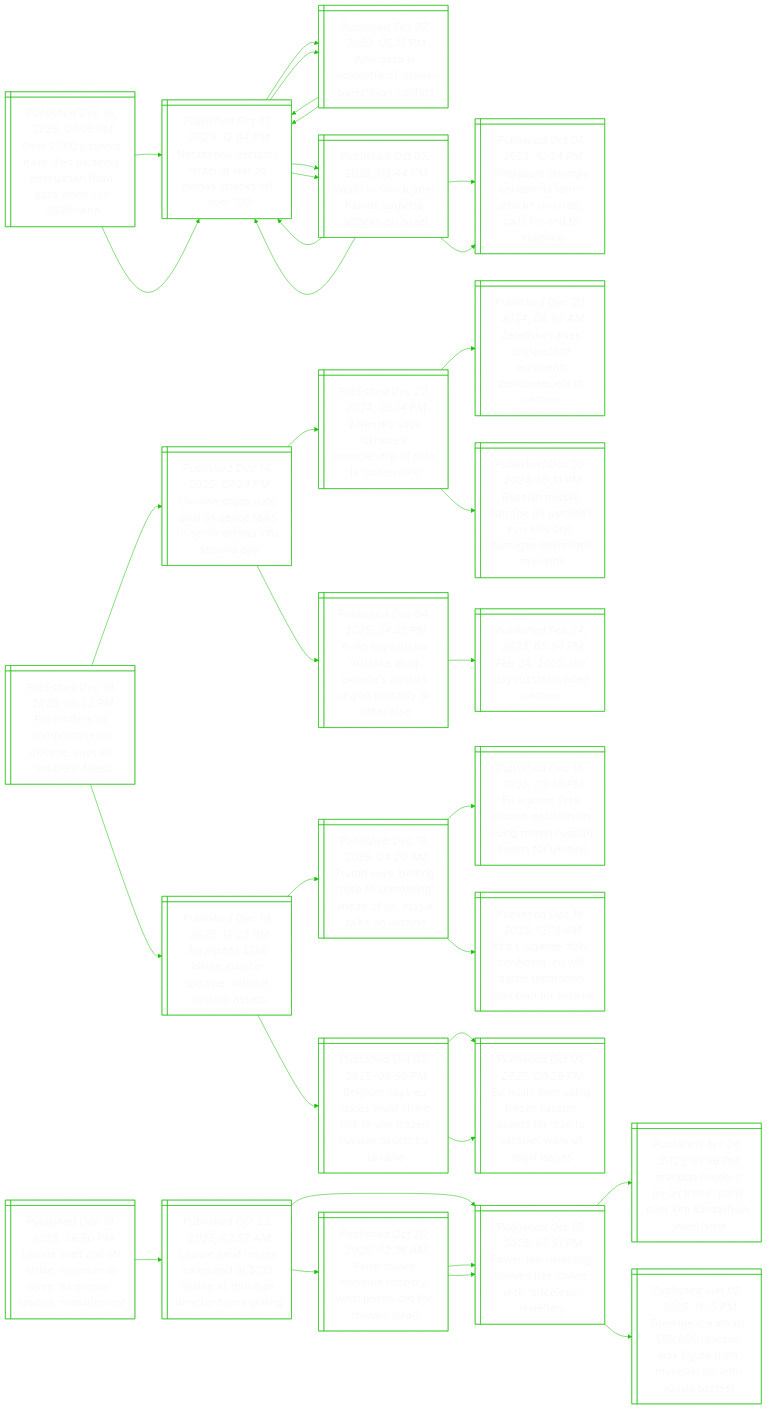
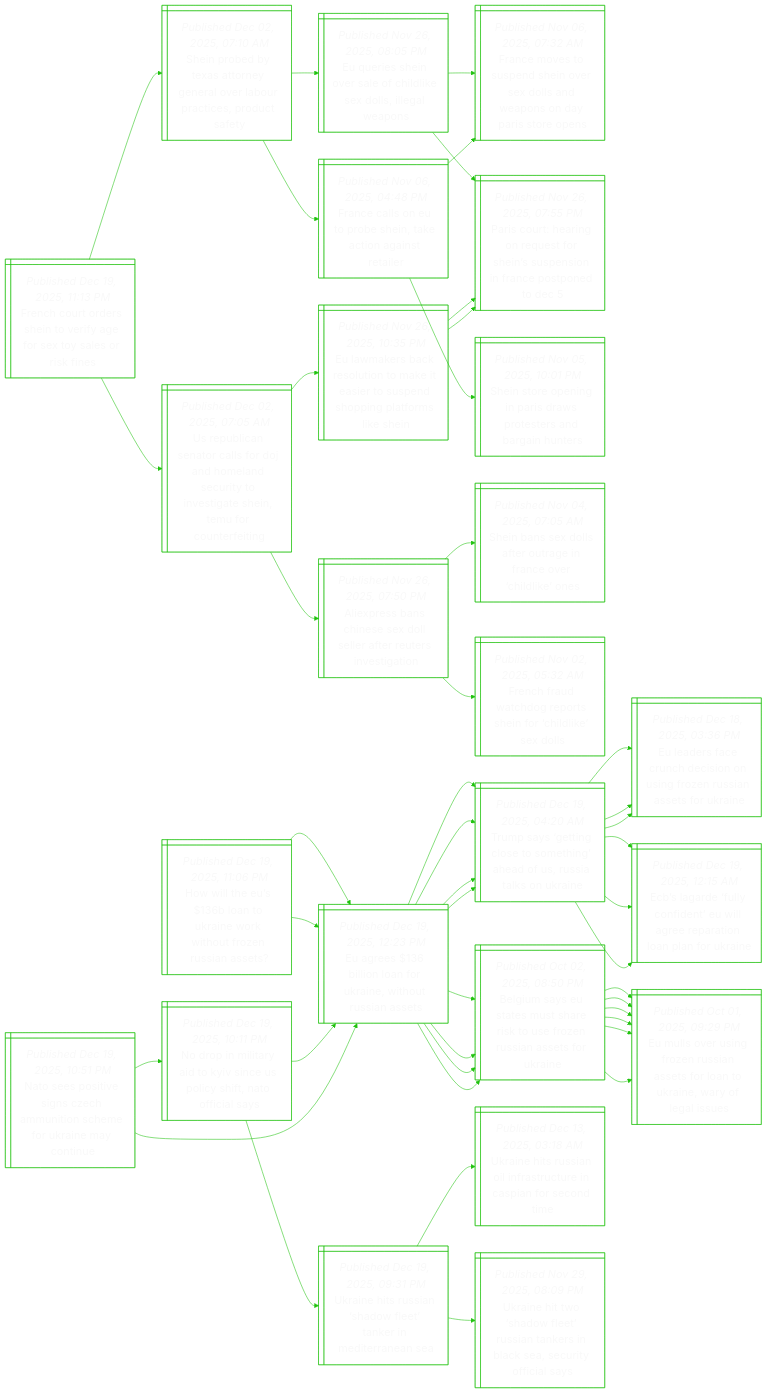
The diagram in README.md (notJmes/notJmes), drawn with Mermaid before and after one commit. The commit also changed other lines of this file, not shown here.

````diff
--- a/README.md
+++ b/README.md
@@ -16,60 +16,68 @@
 flowchart LR
 classDef txtsize font-size:20px;
 
-OateaiaioaeW@{ shape: win-pane, label: "_Published Dec 19, 2025, 07:05 PM_
-Over 1,000 patients have died awaiting evacuation from gaza since july 2024: who" }
-NyeeawHakl@{ shape: win-pane, label: "_Published Oct 07, 2023, 12:04 PM_
-Netanyahu declares israel at war as hamas attacks kill over 100" }
-WzptIleint@{ shape: win-pane, label: "_Published Oct 07, 2023, 05:15 PM_
-Why gaza is epicentre of israeli-palestinian conflict" }
-NyeeawHakl@{ shape: win-pane, label: "_Published Oct 07, 2023, 12:04 PM_
-Netanyahu declares israel at war as hamas attacks kill over 100" }
-Wiceapaks@{ shape: win-pane, label: "_Published Oct 07, 2023, 06:44 PM_
-World in shock after hamas surprise attacks on israel" }
-NyeeawHakl@{ shape: win-pane, label: "_Published Oct 07, 2023, 12:04 PM_
-Netanyahu declares israel at war as hamas attacks kill over 100" }
-SptldtrcIlsnic@{ shape: win-pane, label: "_Published Oct 07, 2023, 10:24 PM_
-Singapore strongly condemns terror attacks on israel, calls for end to violence" }
-NyeeawHakl@{ shape: win-pane, label: "_Published Oct 07, 2023, 12:04 PM_
-Netanyahu declares israel at war as hamas attacks kill over 100" }
-WzptIleint@{ shape: win-pane, label: "_Published Oct 07, 2023, 05:15 PM_
-Why gaza is epicentre of israeli-palestinian conflict" }
-NyeeawHakl@{ shape: win-pane, label: "_Published Oct 07, 2023, 12:04 PM_
-Netanyahu declares israel at war as hamas attacks kill over 100" }
-Wiceapaks@{ shape: win-pane, label: "_Published Oct 07, 2023, 06:44 PM_
-World in shock after hamas surprise attacks on israel" }
-NyeeawHakl@{ shape: win-pane, label: "_Published Oct 07, 2023, 12:04 PM_
-Netanyahu declares israel at war as hamas attacks kill over 100" }
-SptldtrcIlsnic@{ shape: win-pane, label: "_Published Oct 07, 2023, 10:24 PM_
-Singapore strongly condemns terror attacks on israel, calls for end to violence" }
+Fhtriearoein@{ shape: win-pane, label: "_Published Dec 19, 2025, 11:13 PM_
+French court orders shein to verify age for sex toy sales or risk fines" }
+Spdxtyreoaeda@{ shape: win-pane, label: "_Published Dec 02, 2025, 07:10 AM_
+Shein probed by texas attorney general over labour practices, product safety" }
+Erhvlhixsga@{ shape: win-pane, label: "_Published Nov 26, 2025, 08:05 PM_
+Eu queries shein over sale of childlike sex dolls, illegal weapons" }
+FessSoelwnairn@{ shape: win-pane, label: "_Published Nov 06, 2025, 07:32 AM_
+France moves to suspend shein over sex dolls and weapons on day paris store opens" }
+PcHnethsninsee@{ shape: win-pane, label: "_Published Nov 26, 2025, 07:55 PM_
+Paris court: hearing on request for shein’s suspension in france postponed to dec 5" }
+Festbieoiee@{ shape: win-pane, label: "_Published Nov 06, 2025, 04:48 PM_
+France calls on eu to probe shein, take action against retailer" }
+FessSoelwnairn@{ shape: win-pane, label: "_Published Nov 06, 2025, 07:32 AM_
+France moves to suspend shein over sex dolls and weapons on day paris store opens" }
+Ssonarrtngus@{ shape: win-pane, label: "_Published Nov 05, 2025, 10:01 PM_
+Shein store opening in paris draws protesters and bargain hunters" }
+Uuaaaoamdrostiuori@{ shape: win-pane, label: "_Published Dec 02, 2025, 07:05 AM_
+Us republican senator calls for doj and homeland security to investigate shein, temu for counterfeiting" }
+Emsrutesoeogflh@{ shape: win-pane, label: "_Published Nov 26, 2025, 10:35 PM_
+Eu lawmakers back resolution to make it easier to suspend shopping platforms like shein" }
+PcHnethsninsee@{ shape: win-pane, label: "_Published Nov 26, 2025, 07:55 PM_
+Paris court: hearing on request for shein’s suspension in france postponed to dec 5" }
+PcHnethsninsee@{ shape: win-pane, label: "_Published Nov 26, 2025, 07:55 PM_
+Paris court: hearing on request for shein’s suspension in france postponed to dec 5" }
+Apbheolfesst@{ shape: win-pane, label: "_Published Nov 26, 2025, 07:50 PM_
+Aliexpress bans chinese sex doll seller after reuters investigation" }
+Sbelerncrdo@{ shape: win-pane, label: "_Published Nov 04, 2025, 07:05 AM_
+Shein bans sex dolls after outrage in france over ‘childlike’ ones" }
+Fhdhesnhixs@{ shape: win-pane, label: "_Published Nov 02, 2025, 05:32 AM_
+French fraud watchdog reports shein for ‘childlike’ sex dolls" }
 
-OateaiaioaeW:::txtsize --> NyeeawHakl:::txtsize
-NyeeawHakl:::txtsize --> WzptIleint:::txtsize
-WzptIleint:::txtsize --> NyeeawHakl:::txtsize
-NyeeawHakl:::txtsize --> Wiceapaks:::txtsize
-Wiceapaks:::txtsize --> NyeeawHakl:::txtsize
-Wiceapaks:::txtsize --> SptldtrcIlsnic:::txtsize
-OateaiaioaeW:::txtsize --> NyeeawHakl:::txtsize
-NyeeawHakl:::txtsize --> WzptIleint:::txtsize
-WzptIleint:::txtsize --> NyeeawHakl:::txtsize
-NyeeawHakl:::txtsize --> Wiceapaks:::txtsize
-Wiceapaks:::txtsize --> NyeeawHakl:::txtsize
-Wiceapaks:::txtsize --> SptldtrcIlsnic:::txtsize
+Fhtriearoein:::txtsize --> Spdxtyreoaeda:::txtsize
+Spdxtyreoaeda:::txtsize --> Erhvlhixsga:::txtsize
+Erhvlhixsga:::txtsize --> FessSoelwnairn:::txtsize
+Erhvlhixsga:::txtsize --> PcHnethsninsee:::txtsize
+Spdxtyreoaeda:::txtsize --> Festbieoiee:::txtsize
+Festbieoiee:::txtsize --> FessSoelwnairn:::txtsize
+Festbieoiee:::txtsize --> Ssonarrtngus:::txtsize
+Fhtriearoein:::txtsize --> Uuaaaoamdrostiuori:::txtsize
+Uuaaaoamdrostiuori:::txtsize --> Emsrutesoeogflh:::txtsize
+Emsrutesoeogflh:::txtsize --> PcHnethsninsee:::txtsize
+Emsrutesoeogflh:::txtsize --> PcHnethsninsee:::txtsize
+Uuaaaoamdrostiuori:::txtsize --> Apbheolfesst:::txtsize
+Apbheolfesst:::txtsize --> Sbelerncrdo:::txtsize
+Apbheolfesst:::txtsize --> Fhdhesnhixs:::txtsize
 
-PosmiUnsbfd@{ shape: win-pane, label: "_Published Dec 19, 2025, 06:53 PM_
-Putin offers no compromise on ukraine, says eu ‘robbery’ failed" }
-UnpOackeedsd@{ shape: win-pane, label: "_Published Dec 14, 2025, 07:24 PM_
-Ukraine drops nato goal as peace talks in berlin extend into second day" }
-Zsyamroohb@{ shape: win-pane, label: "_Published Dec 22, 2024, 09:14 PM_
-Zelensky says ukraine’s membership of nato is ‘achievable’" }
-Zsircuacpni@{ shape: win-pane, label: "_Published Dec 20, 2024, 08:40 AM_
-Zelensky raises prospect of european peacekeepers in ukraine" }
-Rasaerskomdmmo@{ shape: win-pane, label: "_Published Dec 20, 2024, 10:31 PM_
-Russian missile barrage on ukraine’s kyiv kills one, damages diplomatic missions" }
-Psuwalrsailiow@{ shape: win-pane, label: "_Published Dec 04, 2025, 04:55 PM_
-Putin says russia will take all of ukraine’s donbas region militarily or otherwise" }
-Feuiea@{ shape: win-pane, label: "_Published Feb 24, 2023, 05:54 PM_
-Feb 24, 2022: the day russia invaded ukraine" }
+HlEoUnkoount@{ shape: win-pane, label: "_Published Dec 19, 2025, 11:06 PM_
+How will the eu’s $136b loan to ukraine work without frozen russian assets?" }
+Eelloaitis@{ shape: win-pane, label: "_Published Dec 19, 2025, 12:23 PM_
+Eu agrees $136 billion loan for ukraine, without russian assets" }
+TsegemnaSikke@{ shape: win-pane, label: "_Published Dec 19, 2025, 04:20 AM_
+Trump says ‘getting close to something’ ahead of us, russia talks on ukraine" }
+EdaueosrRaeri@{ shape: win-pane, label: "_Published Dec 18, 2025, 03:36 PM_
+Eu leaders face crunch decision on using frozen russian assets for ukraine" }
+EaeyiElernpoa@{ shape: win-pane, label: "_Published Dec 19, 2025, 12:15 AM_
+Ecb’s lagarde ‘fully confident’ eu will agree reparation loan plan for ukraine" }
+Busauasszsaske@{ shape: win-pane, label: "_Published Oct 02, 2025, 08:50 PM_
+Belgium says eu states must share risk to use frozen russian assets for ukraine" }
+Elrgessfakeoau@{ shape: win-pane, label: "_Published Oct 01, 2025, 09:29 PM_
+Eu mulls over using frozen russian assets for loan to ukraine, wary of legal issues" }
+Elrgessfakeoau@{ shape: win-pane, label: "_Published Oct 01, 2025, 09:29 PM_
+Eu mulls over using frozen russian assets for loan to ukraine, wary of legal issues" }
 Eelloaitis@{ shape: win-pane, label: "_Published Dec 19, 2025, 12:23 PM_
 Eu agrees $136 billion loan for ukraine, without russian assets" }
 TsegemnaSikke@{ shape: win-pane, label: "_Published Dec 19, 2025, 04:20 AM_
@@ -85,13 +93,14 @@
 Elrgessfakeoau@{ shape: win-pane, label: "_Published Oct 01, 2025, 09:29 PM_
 Eu mulls over using frozen russian assets for loan to ukraine, wary of legal issues" }
 
-PosmiUnsbfd:::txtsize --> UnpOackeedsd:::txtsize
-UnpOackeedsd:::txtsize --> Zsyamroohb:::txtsize
-Zsyamroohb:::txtsize --> Zsircuacpni:::txtsize
-Zsyamroohb:::txtsize --> Rasaerskomdmmo:::txtsize
-UnpOackeedsd:::txtsize --> Psuwalrsailiow:::txtsize
-Psuwalrsailiow:::txtsize --> Feuiea:::txtsize
-PosmiUnsbfd:::txtsize --> Eelloaitis:::txtsize
+HlEoUnkoount:::txtsize --> Eelloaitis:::txtsize
+Eelloaitis:::txtsize --> TsegemnaSikke:::txtsize
+TsegemnaSikke:::txtsize --> EdaueosrRaeri:::txtsize
+TsegemnaSikke:::txtsize --> EaeyiElernpoa:::txtsize
+Eelloaitis:::txtsize --> Busauasszsaske:::txtsize
+Busauasszsaske:::txtsize --> Elrgessfakeoau:::txtsize
+Busauasszsaske:::txtsize --> Elrgessfakeoau:::txtsize
+HlEoUnkoount:::txtsize --> Eelloaitis:::txtsize
 Eelloaitis:::txtsize --> TsegemnaSikke:::txtsize
 TsegemnaSikke:::txtsize --> EdaueosrRaeri:::txtsize
 TsegemnaSikke:::txtsize --> EaeyiElernpoa:::txtsize
@@ -99,29 +108,50 @@
 Busauasszsaske:::txtsize --> Elrgessfakeoau:::txtsize
 Busauasszsaske:::txtsize --> Elrgessfakeoau:::txtsize
 
-Leforutnrnme@{ shape: win-pane, label: "_Published Dec 19, 2025, 06:50 PM_
-Louvre staff call off strike, museum to open ‘as normal’: unions, management" }
-Leteidlaerrsl@{ shape: win-pane, label: "_Published Oct 22, 2025, 02:52 AM_
-Louvre heist losses estimated at $133 million as museum director faces grilling" }
-Ptineluiisey@{ shape: win-pane, label: "_Published Oct 19, 2025, 05:51 PM_
-Power tool-wielding thieves flee louvre with ‘priceless’ jewellery" }
-GpboiPoidaes@{ shape: win-pane, label: "_Published Apr 28, 2025, 01:06 PM_
-‘grandpa robbers’ go on trial in paris over kim kardashian jewel heist" }
-Gpssofemmnsrt@{ shape: win-pane, label: "_Published Jun 02, 2025, 11:15 PM_
-Greenpeace steals $59,000 macron wax figure from museum for anti-russia protest" }
-PLeubhwitea@{ shape: win-pane, label: "_Published Oct 20, 2025, 02:36 AM_
-Paris’ louvre museum robbery: what jewels did the thieves steal?" }
-Ptineluiisey@{ shape: win-pane, label: "_Published Oct 19, 2025, 05:51 PM_
-Power tool-wielding thieves flee louvre with ‘priceless’ jewellery" }
-Ptineluiisey@{ shape: win-pane, label: "_Published Oct 19, 2025, 05:51 PM_
-Power tool-wielding thieves flee louvre with ‘priceless’ jewellery" }
+NeseshnnmUncn@{ shape: win-pane, label: "_Published Dec 19, 2025, 10:51 PM_
+Nato sees positive signs czech ammunition scheme for ukraine may continue" }
+NplyosUiiTis@{ shape: win-pane, label: "_Published Dec 19, 2025, 10:11 PM_
+No drop in military aid to kyiv since us policy shift, nato official says" }
+UnsialaiiaS@{ shape: win-pane, label: "_Published Dec 19, 2025, 09:31 PM_
+Ukraine hits russian ‘shadow fleet’ tanker in mediterranean sea" }
+Unsilacipoom@{ shape: win-pane, label: "_Published Dec 13, 2025, 03:18 AM_
+Ukraine hits russian oil infrastructure in caspian for second time" }
+UntaluneBScyca@{ shape: win-pane, label: "_Published Nov 29, 2025, 08:09 PM_
+Ukraine hit two ‘shadow fleet’ russian tankers in black sea, security official says" }
+Eelloaitis@{ shape: win-pane, label: "_Published Dec 19, 2025, 12:23 PM_
+Eu agrees $136 billion loan for ukraine, without russian assets" }
+TsegemnaSikke@{ shape: win-pane, label: "_Published Dec 19, 2025, 04:20 AM_
+Trump says ‘getting close to something’ ahead of us, russia talks on ukraine" }
+Busauasszsaske@{ shape: win-pane, label: "_Published Oct 02, 2025, 08:50 PM_
+Belgium says eu states must share risk to use frozen russian assets for ukraine" }
+Eelloaitis@{ shape: win-pane, label: "_Published Dec 19, 2025, 12:23 PM_
+Eu agrees $136 billion loan for ukraine, without russian assets" }
+TsegemnaSikke@{ shape: win-pane, label: "_Published Dec 19, 2025, 04:20 AM_
+Trump says ‘getting close to something’ ahead of us, russia talks on ukraine" }
+EdaueosrRaeri@{ shape: win-pane, label: "_Published Dec 18, 2025, 03:36 PM_
+Eu leaders face crunch decision on using frozen russian assets for ukraine" }
+EaeyiElernpoa@{ shape: win-pane, label: "_Published Dec 19, 2025, 12:15 AM_
+Ecb’s lagarde ‘fully confident’ eu will agree reparation loan plan for ukraine" }
+Busauasszsaske@{ shape: win-pane, label: "_Published Oct 02, 2025, 08:50 PM_
+Belgium says eu states must share risk to use frozen russian assets for ukraine" }
+Elrgessfakeoau@{ shape: win-pane, label: "_Published Oct 01, 2025, 09:29 PM_
+Eu mulls over using frozen russian assets for loan to ukraine, wary of legal issues" }
+Elrgessfakeoau@{ shape: win-pane, label: "_Published Oct 01, 2025, 09:29 PM_
+Eu mulls over using frozen russian assets for loan to ukraine, wary of legal issues" }
 
-Leforutnrnme:::txtsize --> Leteidlaerrsl:::txtsize
-Leteidlaerrsl:::txtsize --> Ptineluiisey:::txtsize
-Ptineluiisey:::txtsize --> GpboiPoidaes:::txtsize
-Ptineluiisey:::txtsize --> Gpssofemmnsrt:::txtsize
-Leteidlaerrsl:::txtsize --> PLeubhwitea:::txtsize
-PLeubhwitea:::txtsize --> Ptineluiisey:::txtsize
-PLeubhwitea:::txtsize --> Ptineluiisey:::txtsize
+NeseshnnmUncn:::txtsize --> NplyosUiiTis:::txtsize
+NplyosUiiTis:::txtsize --> UnsialaiiaS:::txtsize
+UnsialaiiaS:::txtsize --> Unsilacipoom:::txtsize
+UnsialaiiaS:::txtsize --> UntaluneBScyca:::txtsize
+NplyosUiiTis:::txtsize --> Eelloaitis:::txtsize
+Eelloaitis:::txtsize --> TsegemnaSikke:::txtsize
+Eelloaitis:::txtsize --> Busauasszsaske:::txtsize
+NeseshnnmUncn:::txtsize --> Eelloaitis:::txtsize
+Eelloaitis:::txtsize --> TsegemnaSikke:::txtsize
+TsegemnaSikke:::txtsize --> EdaueosrRaeri:::txtsize
+TsegemnaSikke:::txtsize --> EaeyiElernpoa:::txtsize
+Eelloaitis:::txtsize --> Busauasszsaske:::txtsize
+Busauasszsaske:::txtsize --> Elrgessfakeoau:::txtsize
+Busauasszsaske:::txtsize --> Elrgessfakeoau:::txtsize
 
 ```
````
